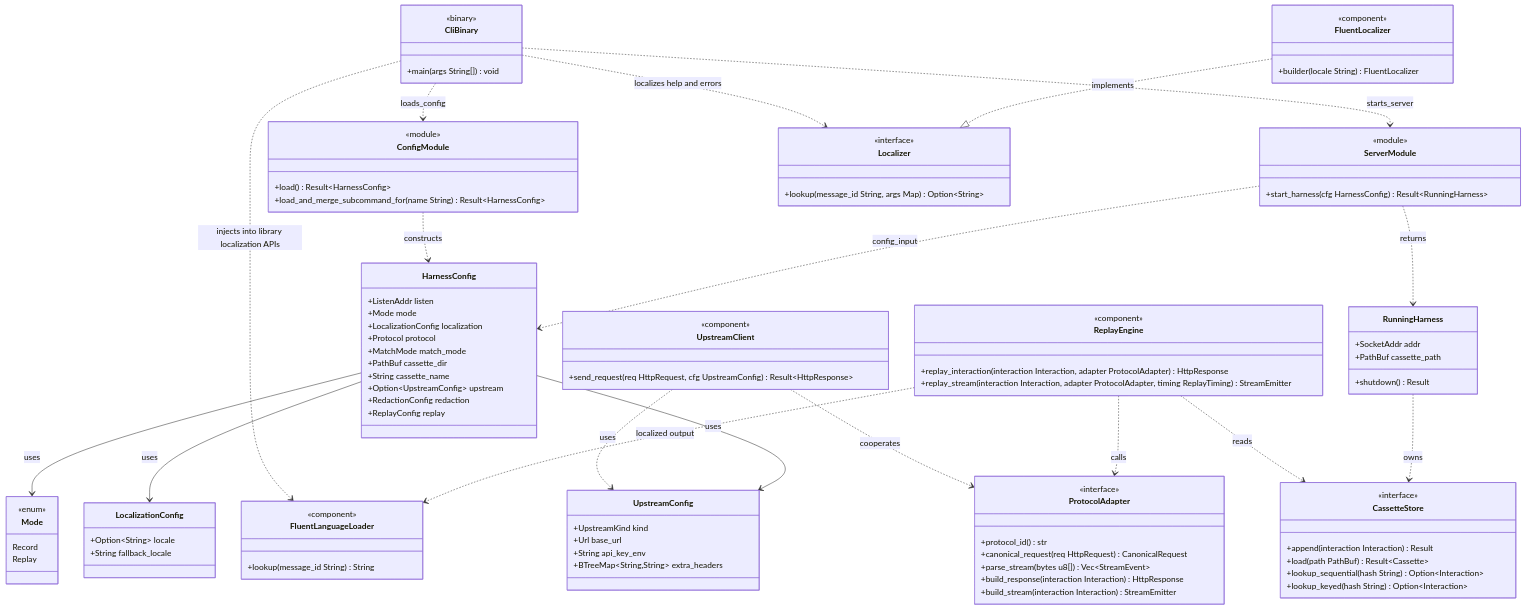
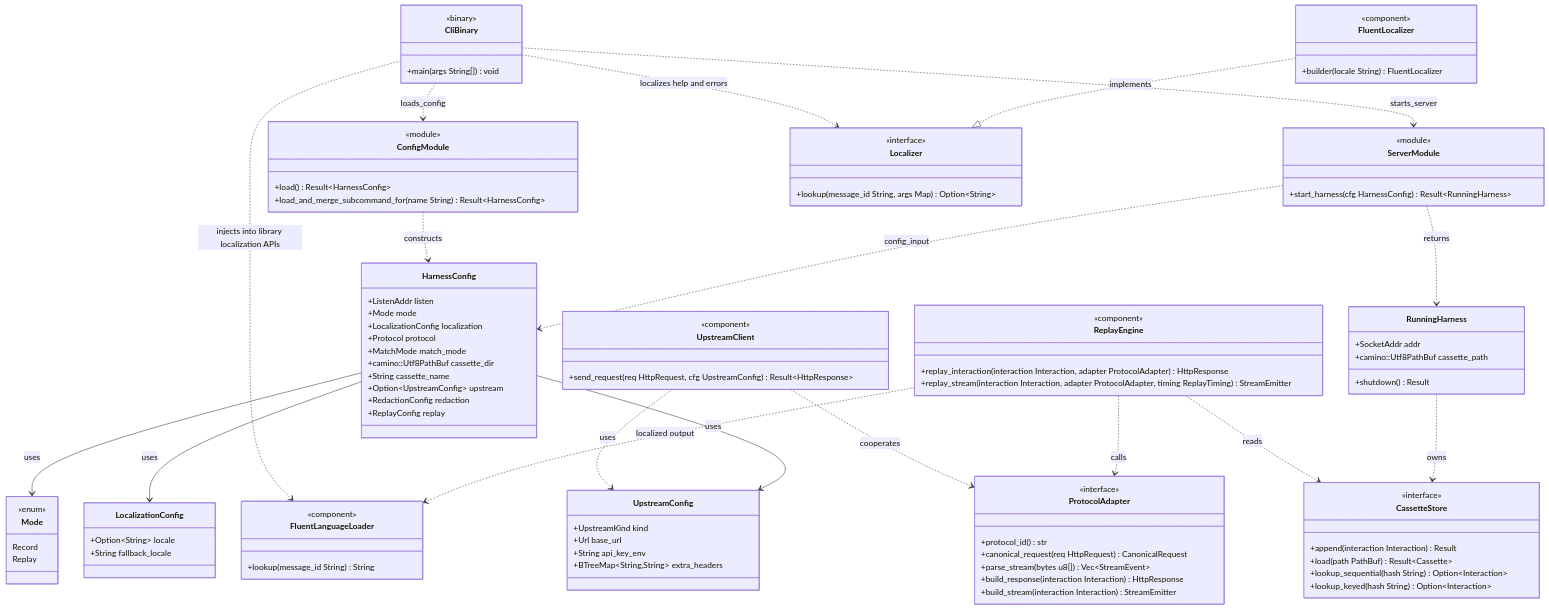
Before and after one commit to leynos/spycatcher-harness: the third of 3 diagrams in docs/spycatcher-harness-design.md, drawn with Mermaid. The commit also changed other lines of this file and 6 other files, not shown here.

```diff
--- a/docs/spycatcher-harness-design.md
+++ b/docs/spycatcher-harness-design.md
@@ -658,7 +659,7 @@
     +LocalizationConfig localization
     +Protocol protocol
     +MatchMode match_mode
-    +PathBuf cassette_dir
+    +camino::Utf8PathBuf cassette_dir
     +String cassette_name
     +Option~UpstreamConfig~ upstream
     +RedactionConfig redaction
@@ -702,7 +703,7 @@
 
   class RunningHarness {
     +SocketAddr addr
-    +PathBuf cassette_path
+    +camino::Utf8PathBuf cassette_path
     +shutdown() Result
   }
 
```
